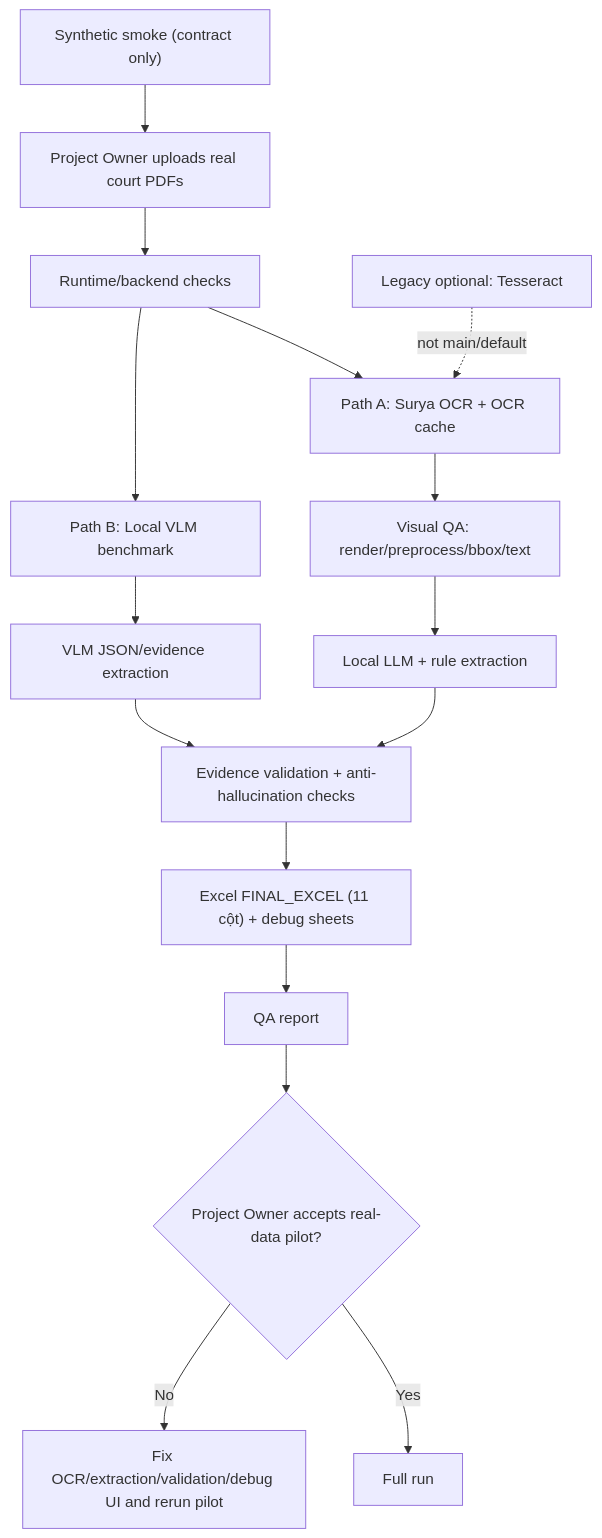
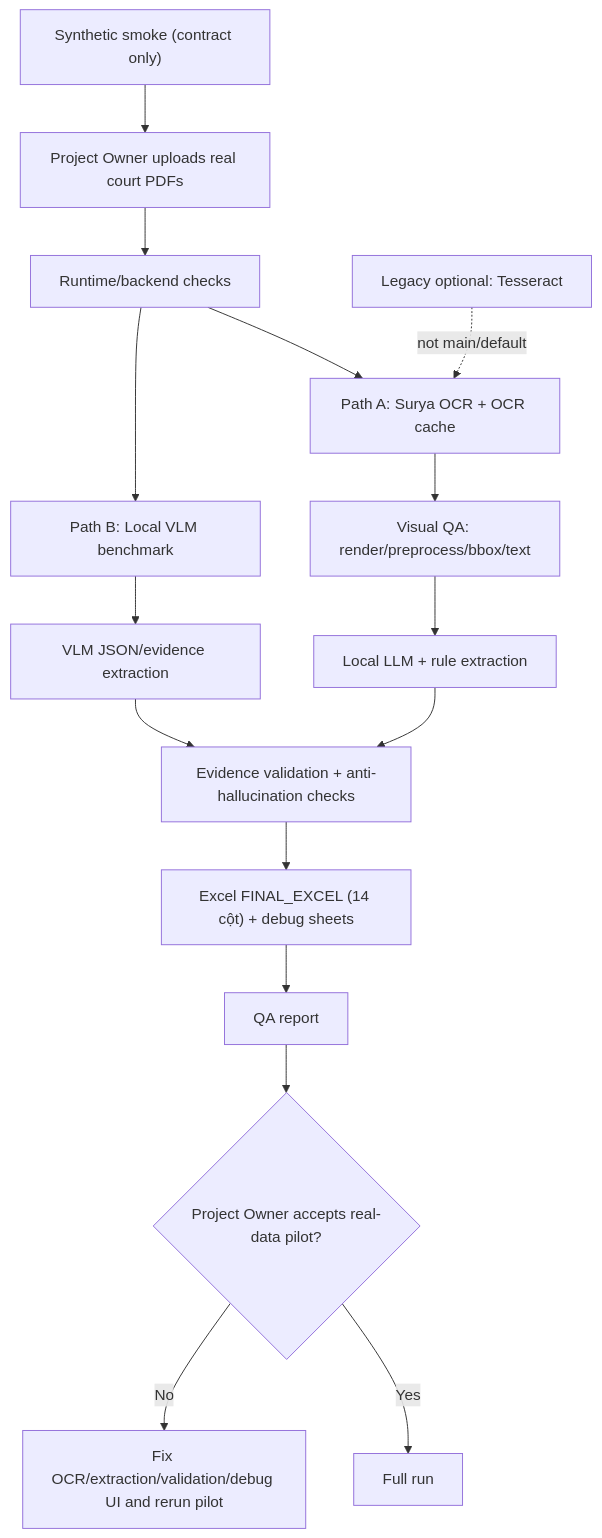
Before and after one commit to minhnguyen19113-bot/court-ocr-extract: the diagram in docs/workflow.md, drawn with Mermaid. The commit also changed 170 other files, not shown here.

````diff
--- a/docs/workflow.md
+++ b/docs/workflow.md
@@ -3,18 +3,18 @@
 ```mermaid
 flowchart TD
     S["Synthetic smoke (contract only)"] --> A["Project Owner uploads real court PDFs"]
     A --> B["Runtime/backend checks"]
     B --> C1["Path A: Surya OCR + OCR cache"]
     B --> C2["Path B: Local VLM benchmark"]
     C1 --> D1["Visual QA: render/preprocess/bbox/text"]
     D1 --> E1["Local LLM + rule extraction"]
     C2 --> E2["VLM JSON/evidence extraction"]
     E1 --> F["Evidence validation + anti-hallucination checks"]
     E2 --> F
-    F --> G["Excel FINAL_EXCEL (11 cột) + debug sheets"]
+    F --> G["Excel FINAL_EXCEL (14 cột) + debug sheets"]
     G --> H["QA report"]
     H --> I{"Project Owner accepts real-data pilot?"}
     I -->|Yes| J["Full run"]
     I -->|No| K["Fix OCR/extraction/validation/debug UI and rerun pilot"]
     L["Legacy optional: Tesseract"] -. "not main/default" .-> C1
 ```
````
